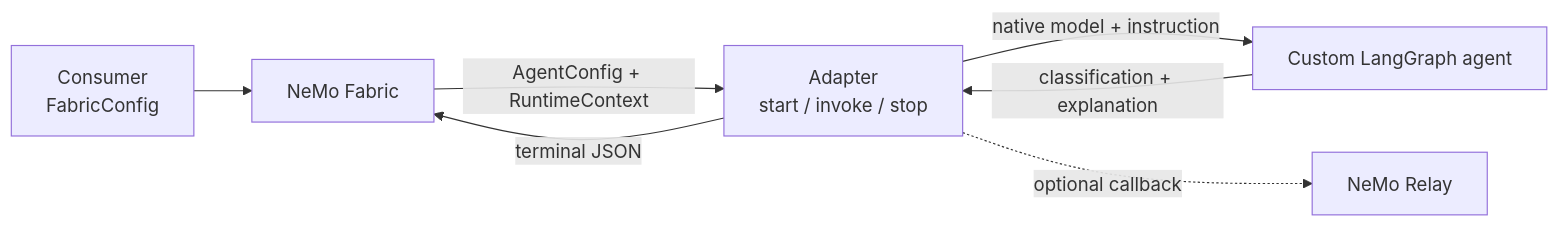
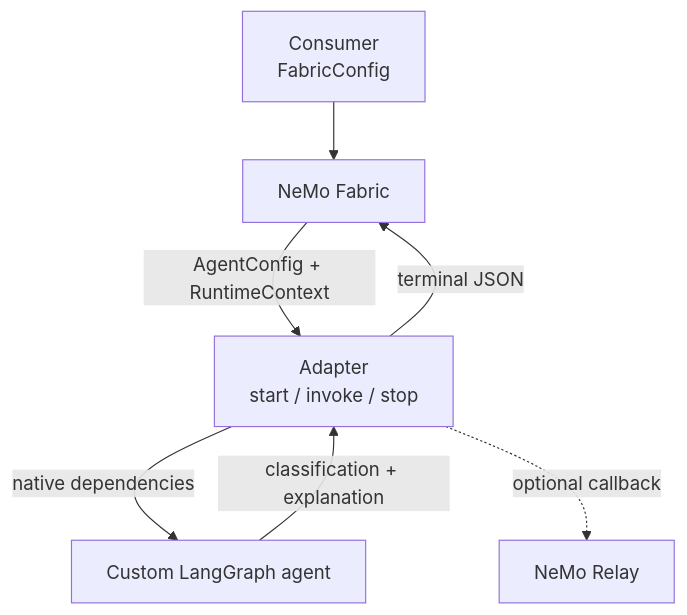
Before and after one commit to AnuradhaKaruppiah/NeMo-Fabric: the first of 2 diagrams in examples/langgraph_custom_agent/README.md, drawn with Mermaid. The commit also changed other lines of this file and 16 other files, not shown here.

````diff
--- a/examples/langgraph_custom_agent/README.md
+++ b/examples/langgraph_custom_agent/README.md
@@ -15,9 +15,9 @@
 ```mermaid
-flowchart LR
+flowchart TD
     Consumer["Consumer<br/>FabricConfig"] --> Fabric[NeMo Fabric]
     Fabric -->|"AgentConfig + RuntimeContext"| Adapter["Adapter<br/>start / invoke / stop"]
-    Adapter -->|"native model + instruction"| Agent["Custom LangGraph agent"]
+    Adapter -->|"native dependencies"| Agent["Custom LangGraph agent"]
     Agent -->|"classification + explanation"| Adapter
     Adapter -->|"terminal JSON"| Fabric
     Adapter -. "optional callback" .-> Relay["NeMo Relay"]
 ```
````
